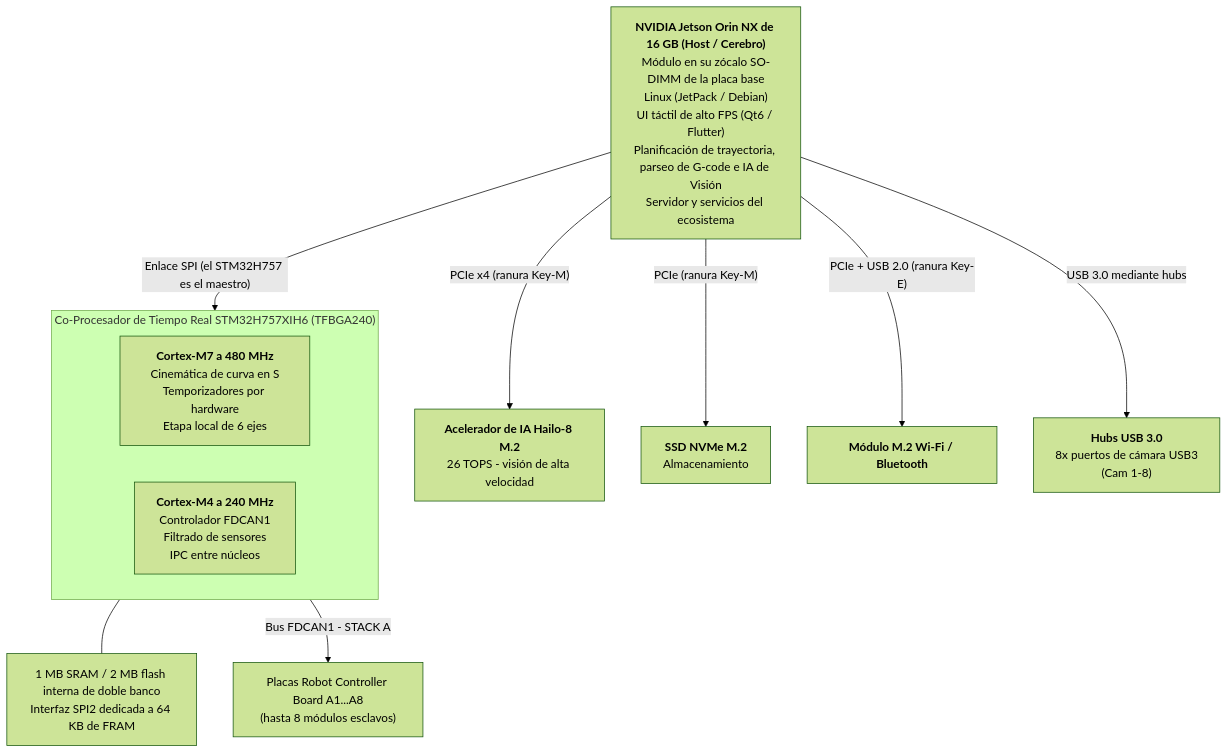
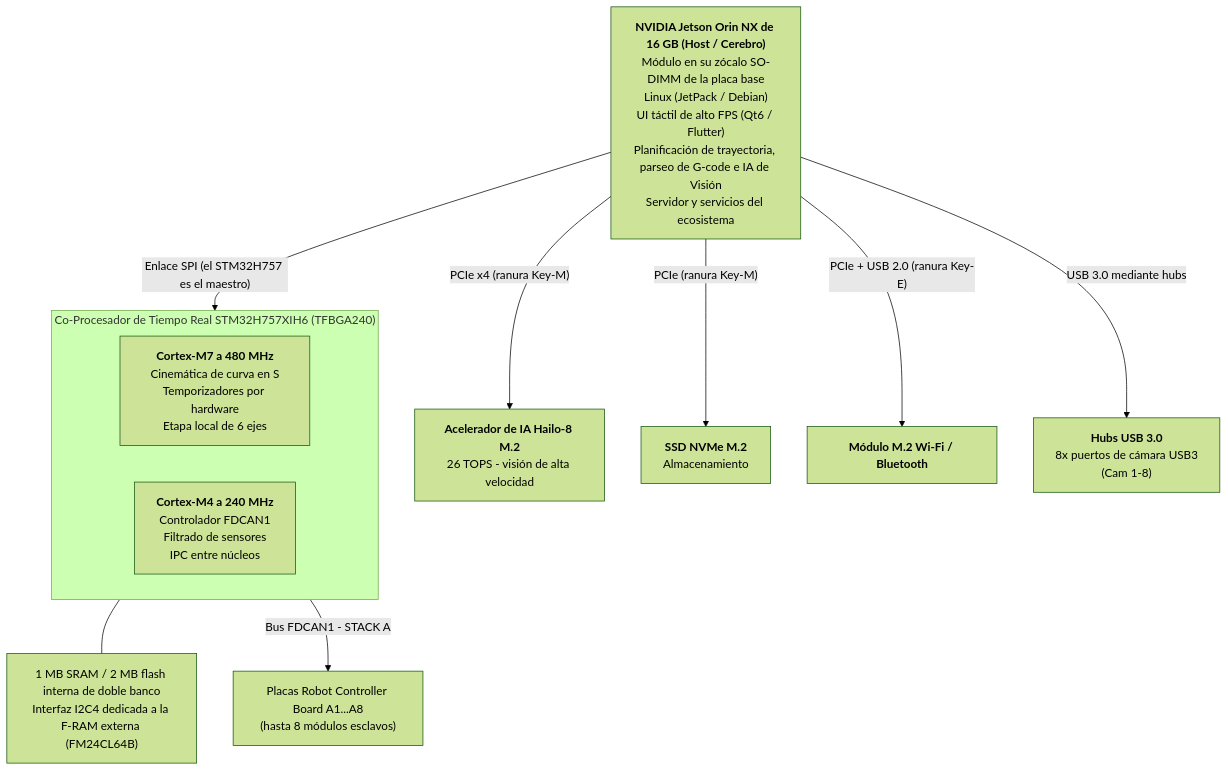
Before and after one commit to JuanenRac/HYDRA-UMC: the first of 3 diagrams in README_spa.md, drawn with Mermaid (forest theme). The commit also changed other lines of this file and 10 other files, not shown here.

Commit message:
README: F-RAM on I2C4 in the block diagram and host-neutral description of the OS image folder

````diff
--- a/README_spa.md
+++ b/README_spa.md
@@ -95,21 +95,21 @@
 ```mermaid
 flowchart TB
     JETSON["<b>NVIDIA Jetson Orin NX de 16 GB (Host / Cerebro)</b><br/>Módulo en su zócalo SO-DIMM de la placa base<br/>Linux (JetPack / Debian)<br/>UI táctil de alto FPS (Qt6 / Flutter)<br/>Planificación de trayectoria, parseo de G-code e IA de Visión<br/>Servidor y servicios del ecosistema"]
 
     JETSON -- "PCIe x4 (ranura Key-M)" --> HAILO8["<b>Acelerador de IA Hailo-8 M.2</b><br/>26 TOPS - visión de alta velocidad"]
     JETSON -- "PCIe (ranura Key-M)" --> NVME["<b>SSD NVMe M.2</b><br/>Almacenamiento"]
     JETSON -- "PCIe + USB 2.0 (ranura Key-E)" --> WIFI["<b>Módulo M.2 Wi-Fi / Bluetooth</b>"]
     JETSON -- "USB 3.0 mediante hubs" --> HUBS["<b>Hubs USB 3.0</b><br/>8x puertos de cámara USB3<br/>(Cam 1-8)"]
 
     JETSON -- "Enlace SPI (el STM32H757 es el maestro)" --> MCU
 
     subgraph MCU["Co-Procesador de Tiempo Real STM32H757XIH6 (TFBGA240)"]
         direction LR
         CM7["<b>Cortex-M7 a 480 MHz</b><br/>Cinemática de curva en S<br/>Temporizadores por hardware<br/>Etapa local de 6 ejes"]
         CM4["<b>Cortex-M4 a 240 MHz</b><br/>Controlador FDCAN1<br/>Filtrado de sensores<br/>IPC entre núcleos"]
     end
-    MEM["1 MB SRAM / 2 MB flash interna de doble banco<br/>Interfaz SPI2 dedicada a 64 KB de FRAM"]
+    MEM["1 MB SRAM / 2 MB flash interna de doble banco<br/>Interfaz I2C4 dedicada a la F-RAM externa (FM24CL64B)"]
     MCU --- MEM
 
     MCU -- "Bus FDCAN1 - STACK A" --> ROBOTS["Placas Robot Controller Board A1...A8<br/>(hasta 8 módulos esclavos)"]
 ```
````
